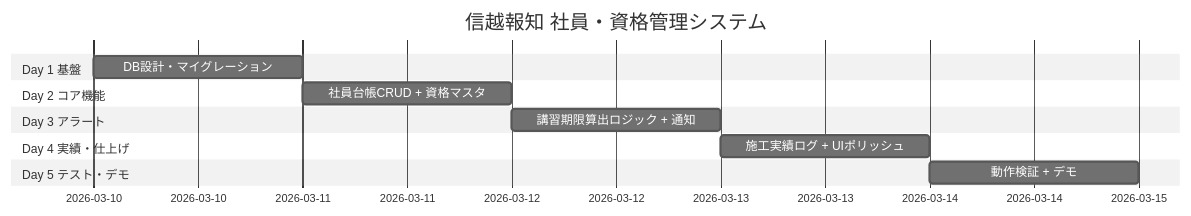
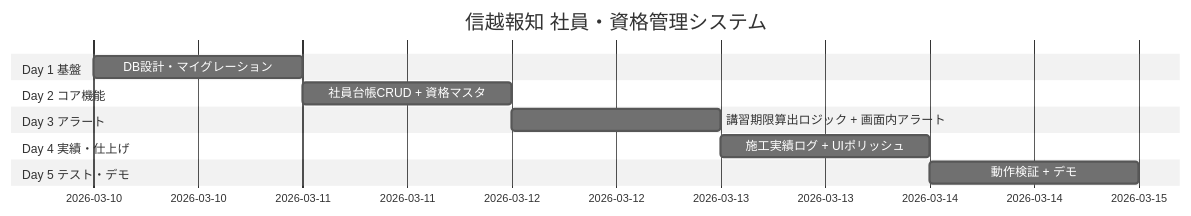
One commit to ayuuum/shinetsu-hochi-system changed the sixth of 6 diagrams in detailed_prd.md. Above: the diagram before and after it, drawn with Mermaid (neutral theme). The commit also changed other lines of this file and 16 other files, not shown here.

````diff
--- a/detailed_prd.md
+++ b/detailed_prd.md
@@ -796,20 +779,20 @@
 ```mermaid
 gantt
     title 信越報知 社員・資格管理システム
     dateFormat YYYY-MM-DD
     
     section Day 1 基盤
     DB設計・マイグレーション      :d1, 2026-03-10, 1d
     
     section Day 2 コア機能
     社員台帳CRUD + 資格マスタ    :d2, 2026-03-11, 1d
     
     section Day 3 アラート
-    講習期限算出ロジック + 通知  :d3, 2026-03-12, 1d
+    講習期限算出ロジック + 画面内アラート  :d3, 2026-03-12, 1d
     
     section Day 4 実績・仕上げ
     施工実績ログ + UIポリッシュ  :d4, 2026-03-13, 1d
     
     section Day 5 テスト・デモ
     動作検証 + デモ             :d5, 2026-03-14, 1d
 ```
````
